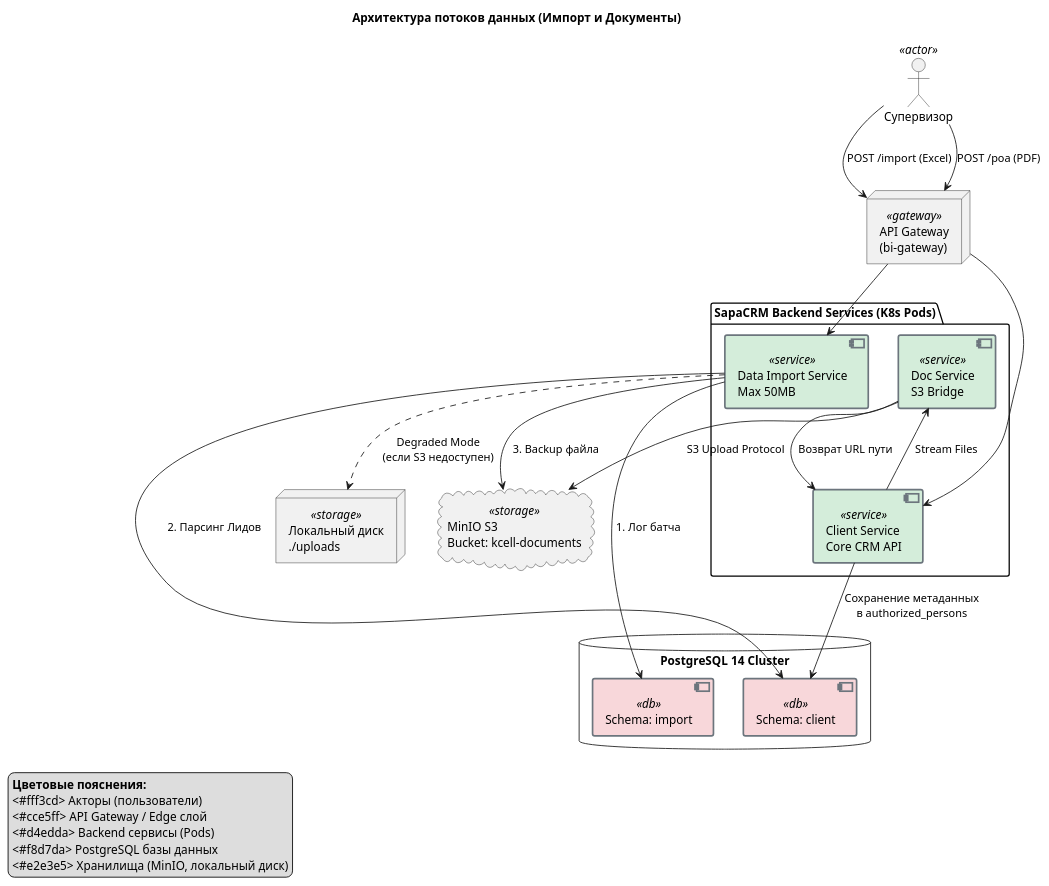
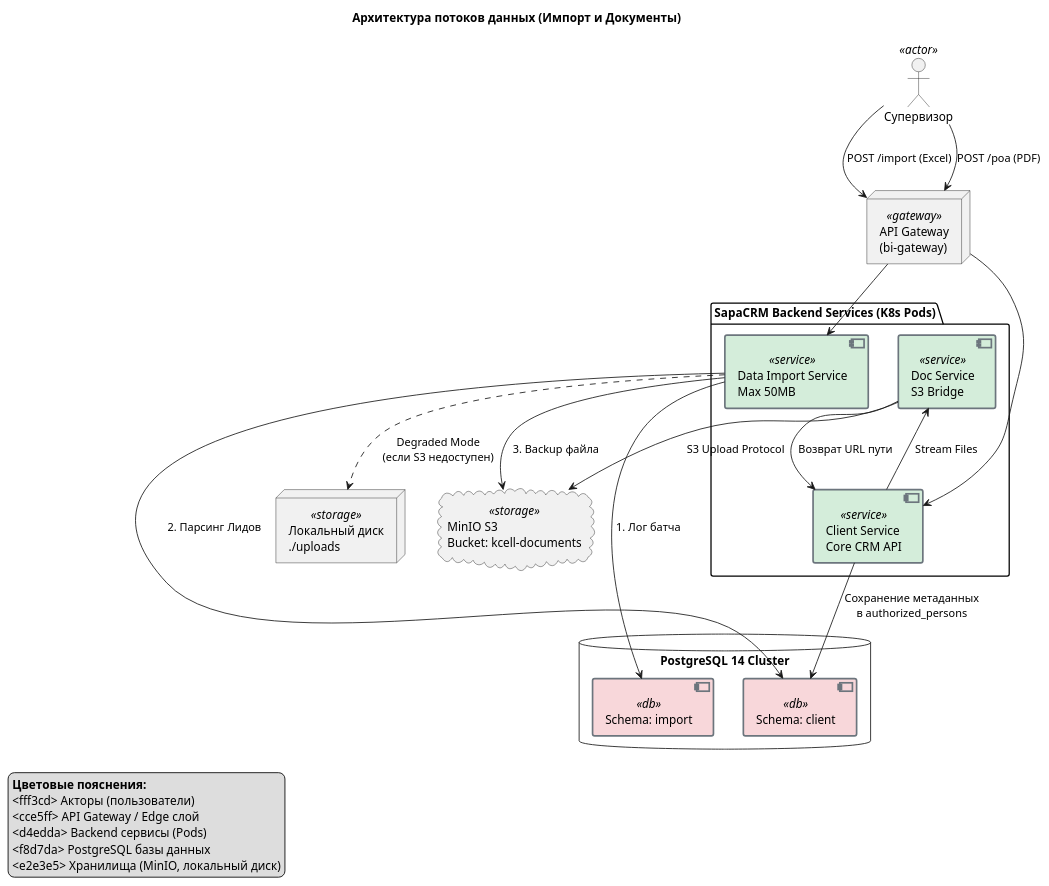
Before and after one commit to styazhkoV/-: the fourth of 5 diagrams in SapaCRM Kcell описание/Full Version Архитектура и устройство SapaCRM (АО «Kcell»).md, drawn with PlantUML. The commit also changed other lines of this file and 53 other files, not shown here.

````diff
--- a/SapaCRM Kcell описание/Full Version Архитектура и устройство SapaCRM (АО «Kcell»).md
+++ b/SapaCRM Kcell описание/Full Version Архитектура и устройство SapaCRM (АО «Kcell»).md
@@ -388,81 +388,81 @@
 ```plantuml
 @startuml
 title Архитектура потоков данных (Импорт и Документы)
 
 actor "Супервизор" as Supervisor <<actor>>
 
 node "API Gateway\n(bi-gateway)" as API_GW <<gateway>>
 
 package "SapaCRM Backend Services (K8s Pods)" {
   component "Data Import Service\nMax 50MB" as Data_Import <<service>>
   component "Doc Service\nS3 Bridge" as Doc_Service <<service>>
   component "Client Service\nCore CRM API" as Client_Service <<service>>
 }
 
 database "PostgreSQL 14 Cluster" {
   component "Schema: import" as DB_Import <<db>>
   component "Schema: client" as DB_Client <<db>>
 }
 
 cloud "MinIO S3\nBucket: kcell-documents" as MinIO <<storage>>
 node "Локальный диск\n./uploads" as Local_Disk <<storage>>
 
 ' === Потоки данных: Импорт Excel ===
 Supervisor --> API_GW : POST /import (Excel)
 API_GW --> Data_Import
 Data_Import --> DB_Import : 1. Лог батча
 Data_Import --> DB_Client : 2. Парсинг Лидов
 Data_Import --> MinIO : 3. Backup файла
 Data_Import ..> Local_Disk : Degraded Mode\n(если S3 недоступен)
 
 ' === Потоки данных: Документы PDF ===
 Supervisor --> API_GW : POST /poa (PDF)
 API_GW --> Client_Service
 Client_Service --> Doc_Service : Stream Files
 Doc_Service --> MinIO : S3 Upload Protocol
 Doc_Service --> Client_Service : Возврат URL пути
 Client_Service --> DB_Client : Сохранение метаданных\nв authorized_persons
 
 ' === Стилизация ===
 skinparam component {
-  BackgroundColor<<actor>> #fff3cd
-  BorderColor #856404
+  BackgroundColor<<actor>> fff3cd
+  BorderColor 856404
   BorderThickness 2
 }
 
 skinparam component {
-  BackgroundColor<<gateway>> #cce5ff
-  BorderColor #004085
+  BackgroundColor<<gateway>> cce5ff
+  BorderColor 004085
   BorderThickness 2
 }
 
 skinparam component {
-  BackgroundColor<<service>> #d4edda
-  BorderColor #28a745
+  BackgroundColor<<service>> d4edda
+  BorderColor 28a745
   BorderThickness 2
 }
 
 skinparam component {
-  BackgroundColor<<db>> #f8d7da
-  BorderColor #dc3545
+  BackgroundColor<<db>> f8d7da
+  BorderColor dc3545
   BorderThickness 2
 }
 
 skinparam component {
-  BackgroundColor<<storage>> #e2e3e5
-  BorderColor #6c757d
+  BackgroundColor<<storage>> e2e3e5
+  BorderColor 6c757d
   BorderThickness 2
 }
 
 legend left
   <b>Цветовые пояснения:</b>
-  <#fff3cd> Акторы (пользователи)
-  <#cce5ff> API Gateway / Edge слой
-  <#d4edda> Backend сервисы (Pods)
-  <#f8d7da> PostgreSQL базы данных
-  <#e2e3e5> Хранилища (MinIO, локальный диск)
+  <fff3cd> Акторы (пользователи)
+  <cce5ff> API Gateway / Edge слой
+  <d4edda> Backend сервисы (Pods)
+  <f8d7da> PostgreSQL базы данных
+  <e2e3e5> Хранилища (MinIO, локальный диск)
 endlegend
 
 @enduml
 
 ```
````
